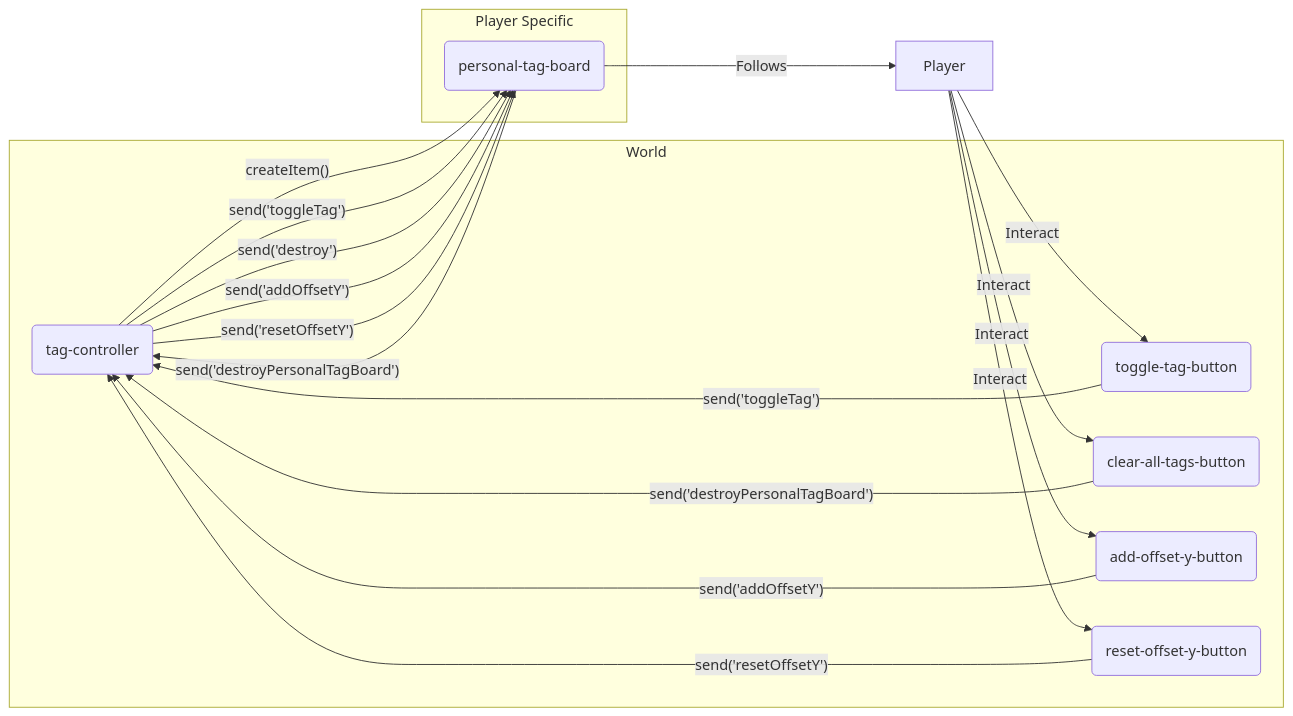
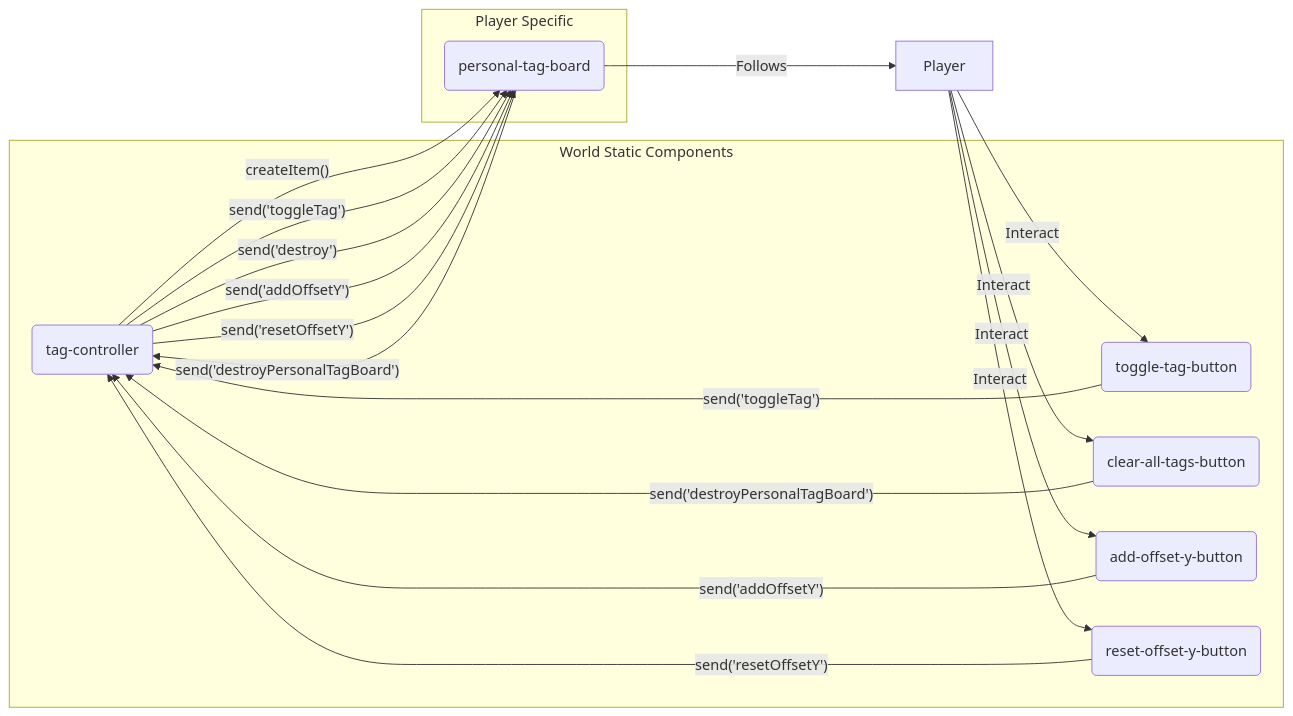
Before and after one commit to somnicattus/cluster-vr-tag-marker-system: the first of 2 diagrams in ARCHITECTURE.md, drawn with Mermaid.

Commit message:
Updates architecture diagram subgraph name
Renames the 'World' subgraph to 'World Static Components' for improved clarity in the architecture diagram.

````diff
--- a/ARCHITECTURE.md
+++ b/ARCHITECTURE.md
@@ -68,33 +68,33 @@
 ```mermaid
 graph LR
-    subgraph World
+    subgraph World Static Components
         TC(tag-controller)
         TTB(toggle-tag-button)
         CTB(clear-all-tags-button)
         AOB(add-offset-y-button)
         ROB(reset-offset-y-button)
     end
 
     subgraph Player Specific
         PTB(personal-tag-board)
     end
 
     Player -- Interact --> TTB
     Player -- Interact --> CTB
     Player -- Interact --> AOB
     Player -- Interact --> ROB
 
     TTB -- "send('toggleTag')" --> TC
     CTB -- "send('destroyPersonalTagBoard')" --> TC
     AOB -- "send('addOffsetY')" --> TC
     ROB -- "send('resetOffsetY')" --> TC
 
     TC -- "createItem()" --> PTB
     TC -- "send('toggleTag')" --> PTB
     TC -- "send('destroy')" --> PTB
     TC -- "send('addOffsetY')" --> PTB
     TC -- "send('resetOffsetY')" --> PTB
 
     PTB -- "send('destroyPersonalTagBoard')" --> TC
     PTB -- Follows --> Player
 ```
````
